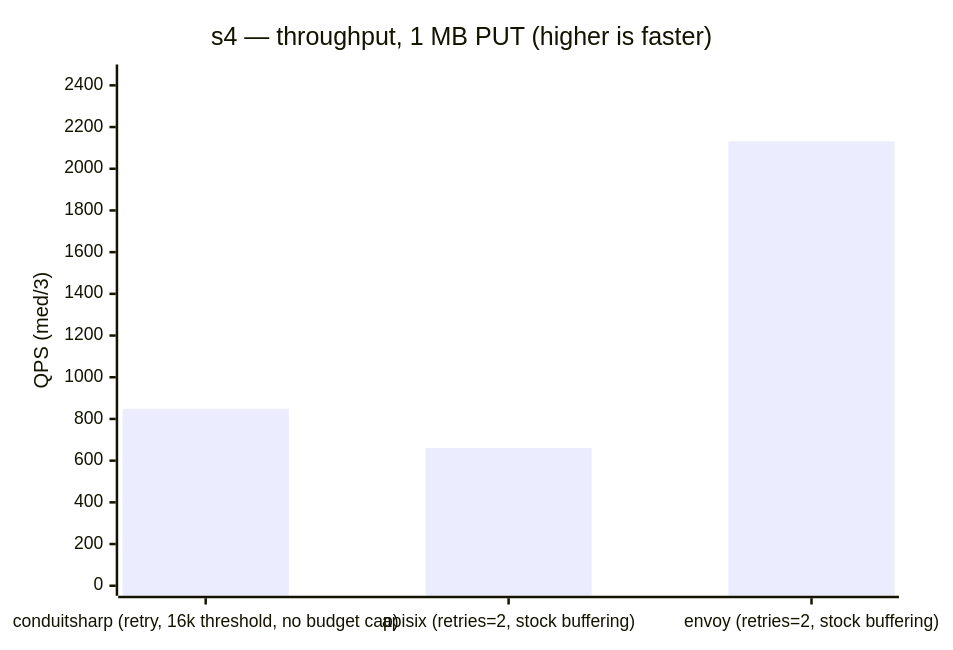
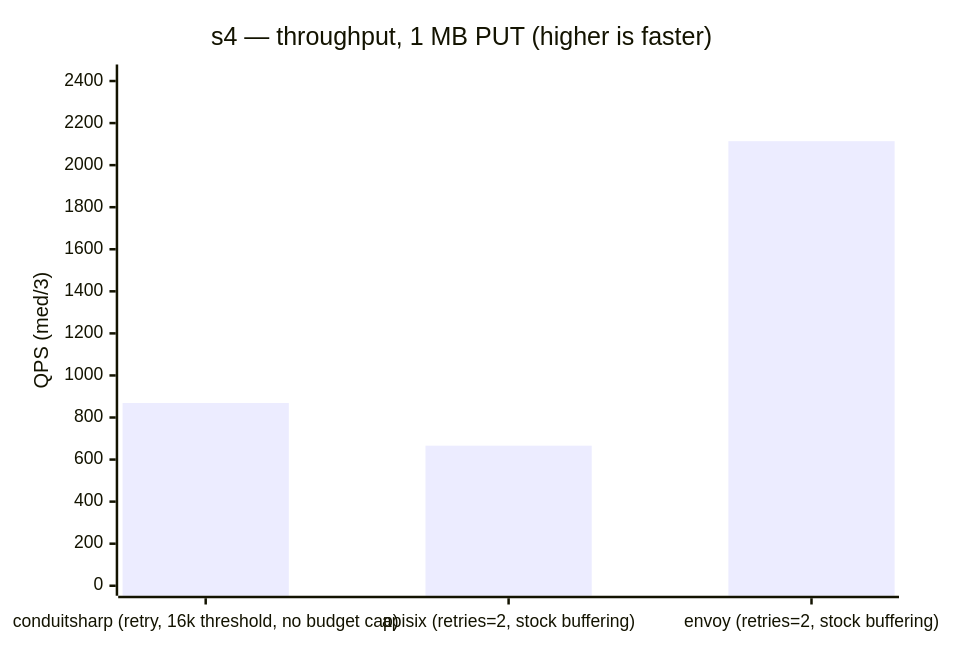
Before and after one commit to liqngliz/ConduitSharp: the first of 2 diagrams in benchmarks/load/README.md, drawn with Mermaid. The commit also changed other lines of this file and 1 other file, not shown here.

````diff
--- a/benchmarks/load/README.md
+++ b/benchmarks/load/README.md
@@ -121,7 +121,7 @@
 ```mermaid
 xychart-beta
     title "s4 — throughput, 1 MB PUT (higher is faster)"
     x-axis ["conduitsharp (retry, 16k threshold, no budget cap)", "apisix (retries=2, stock buffering)", "envoy (retries=2, stock buffering)"]
-    y-axis "QPS (med/3)" 0 --> 2452
-    bar [849, 661, 2132]
+    y-axis "QPS (med/3)" 0 --> 2431
+    bar [869, 666, 2114]
 ```
````
